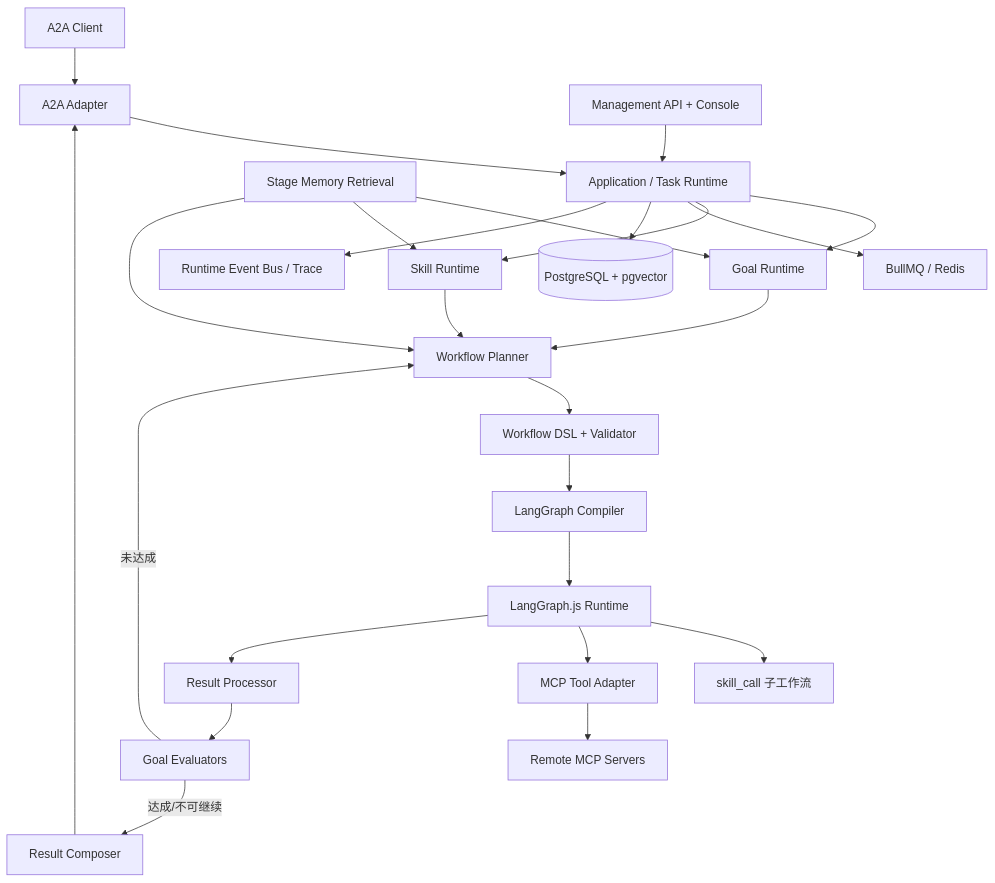
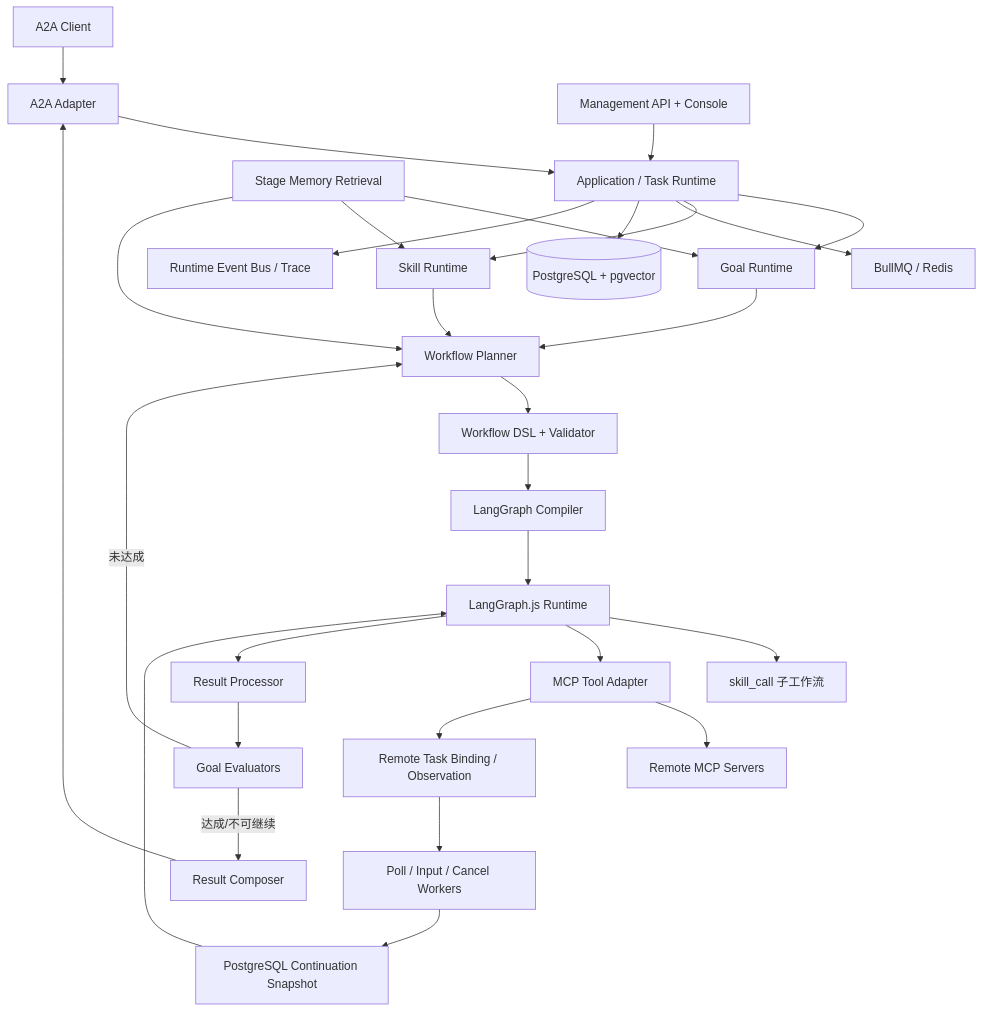
The diagram in docs/02_ARCHITECTURE_BASELINE.md (zhouwen-giser/skill-driven-agent-runtime), drawn with Mermaid before and after one commit. The commit also changed other lines of this file and 58 other files, not shown here.

````diff
--- a/docs/02_ARCHITECTURE_BASELINE.md
+++ b/docs/02_ARCHITECTURE_BASELINE.md
@@ -5,27 +5,31 @@
 ```mermaid
 flowchart TB
   C[A2A Client] --> A[A2A Adapter]
   A --> APP[Application / Task Runtime]
   APP --> G[Goal Runtime]
   APP --> S[Skill Runtime]
   G --> P[Workflow Planner]
   S --> P
   M[Stage Memory Retrieval] --> G
   M --> S
   M --> P
   P --> D[Workflow DSL + Validator]
   D --> LC[LangGraph Compiler]
   LC --> LG[LangGraph.js Runtime]
   LG --> SC[skill_call 子工作流]
   LG --> MT[MCP Tool Adapter]
   MT --> MS[Remote MCP Servers]
+  MT --> RT[Remote Task Binding / Observation]
+  RT --> RW[Poll / Input / Cancel Workers]
+  RW --> CS[PostgreSQL Continuation Snapshot]
+  CS --> LG
   LG --> RP[Result Processor]
   RP --> GE[Goal Evaluators]
   GE -->|未达成| P
   GE -->|达成/不可继续| R[Result Composer]
   R --> A
   APP --> Q[BullMQ / Redis]
   APP --> DB[(PostgreSQL + pgvector)]
   APP --> EVT[Runtime Event Bus / Trace]
   ADM[Management API + Console] --> APP
 ```
````
